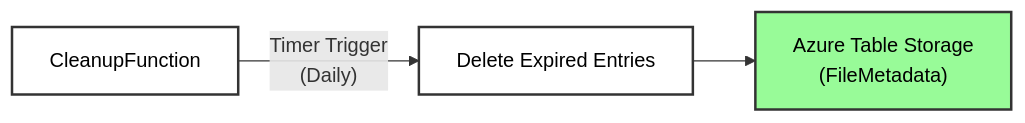
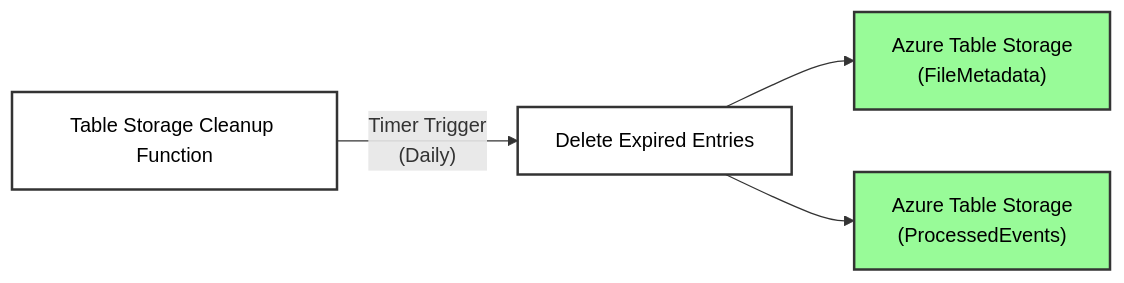
One commit to farinazgh/bulk-transfer-poc changed the diagram in diagrams/05.mmd. Above: the diagram before and after it, drawn with Mermaid. The commit also changed 6 other files, not shown here.

Commit message:
diagrams

```diff
--- a/diagrams/05.mmd
+++ b/diagrams/05.mmd
@@ -1,10 +1,12 @@
 flowchart LR
-%% Cleanup Function
-    CF["CleanupFunction"] -- "Timer Trigger<br/>(Daily)" --> Clean["Delete Expired Entries"]
+%% Table Storage Cleanup Function
+    CF["Table Storage Cleanup Function"] -- "Timer Trigger<br/>(Daily)" --> Clean["Delete Expired Entries"]
 
-    Clean --> H["Azure Table Storage<br/>(FileMetadata)"]
+    Clean --> H1["Azure Table Storage<br/>(FileMetadata)"]
+    Clean --> H2["Azure Table Storage<br/>(ProcessedEvents)"]
 
 %% Styles
     style CF fill:#FFF,stroke:#333,stroke-width:2px,color:#000
     style Clean fill:#FFF,stroke:#333,stroke-width:2px,color:#000
-    style H fill:#98FB98,stroke:#333,stroke-width:2px,color:#000
+    style H1 fill:#98FB98,stroke:#333,stroke-width:2px,color:#000
+    style H2 fill:#98FB98,stroke:#333,stroke-width:2px,color:#000
```
